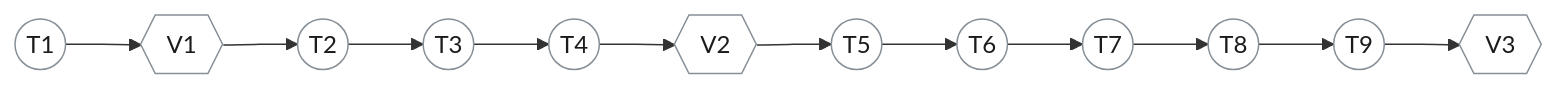
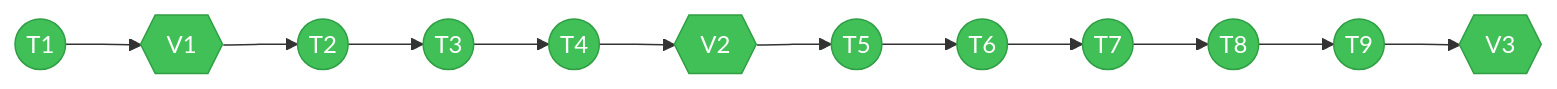
The diagram in specs/017-ppt-v2-pptx/tasks.md (prateek-sinha7/IdeaFlowAI), drawn with Mermaid before and after one commit. The commit also changed other lines of this file and 23 other files, not shown here.

````diff
--- a/specs/017-ppt-v2-pptx/tasks.md
+++ b/specs/017-ppt-v2-pptx/tasks.md
@@ -6,15 +6,15 @@
 ```mermaid
 flowchart LR
     T1((T1)) --> V1{{V1}}
     V1 --> T2((T2)) --> T3((T3)) --> T4((T4)) --> V2{{V2}}
     V2 --> T5((T5)) --> T6((T6)) --> T7((T7)) --> T8((T8)) --> T9((T9)) --> V3{{V3}}
 
     classDef todo fill:#ffffff,stroke:#868e96,color:#1b1b1b;
     classDef inprogress fill:#4dabf7,stroke:#1971c2,color:#ffffff;
     classDef done fill:#40c057,stroke:#2f9e44,color:#ffffff;
     classDef error fill:#fa5252,stroke:#e03131,color:#ffffff;
 
     %% STATUS — move a task id between these lines on completion. Never change
     %% a node's shape, never edit the classDefs.
-    class T1,V1,T2,T3,T4,V2,T5,T6,T7,T8,T9,V3 todo;
+    class T1,V1,T2,T3,T4,V2,T5,T6,T7,T8,T9,V3 done;
 ```
````
